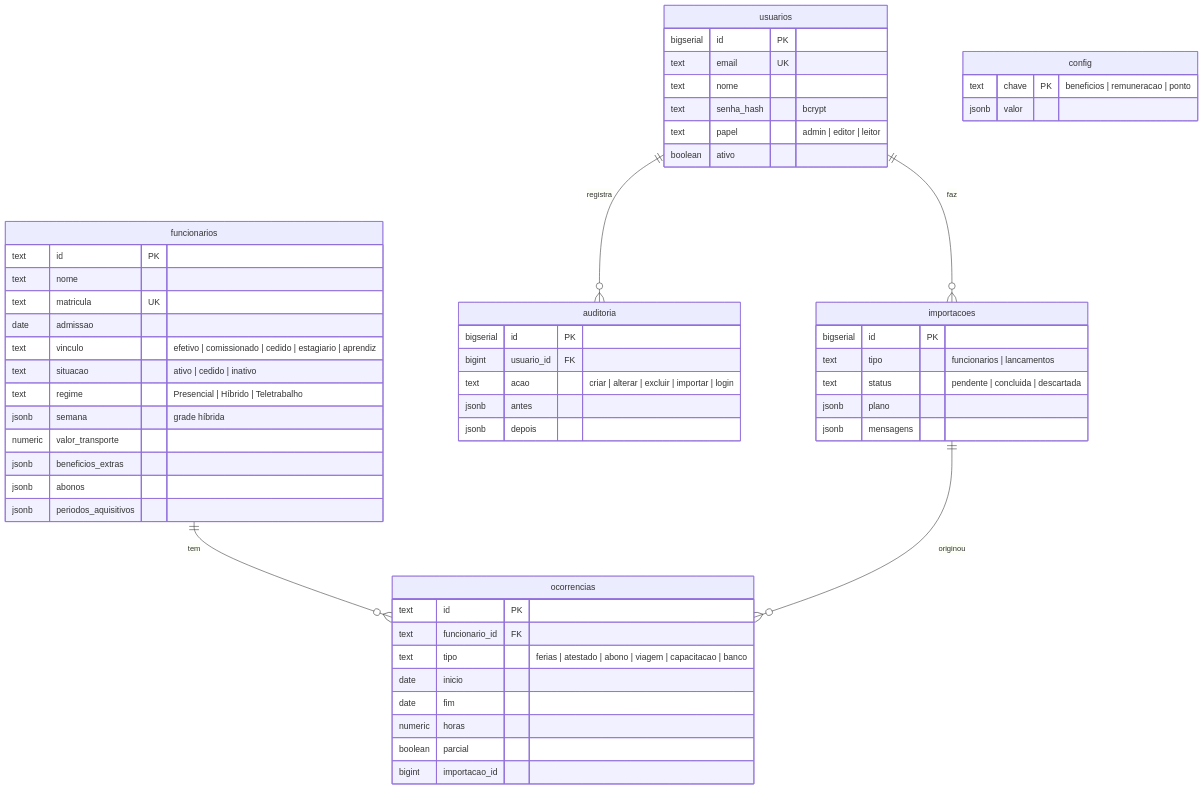
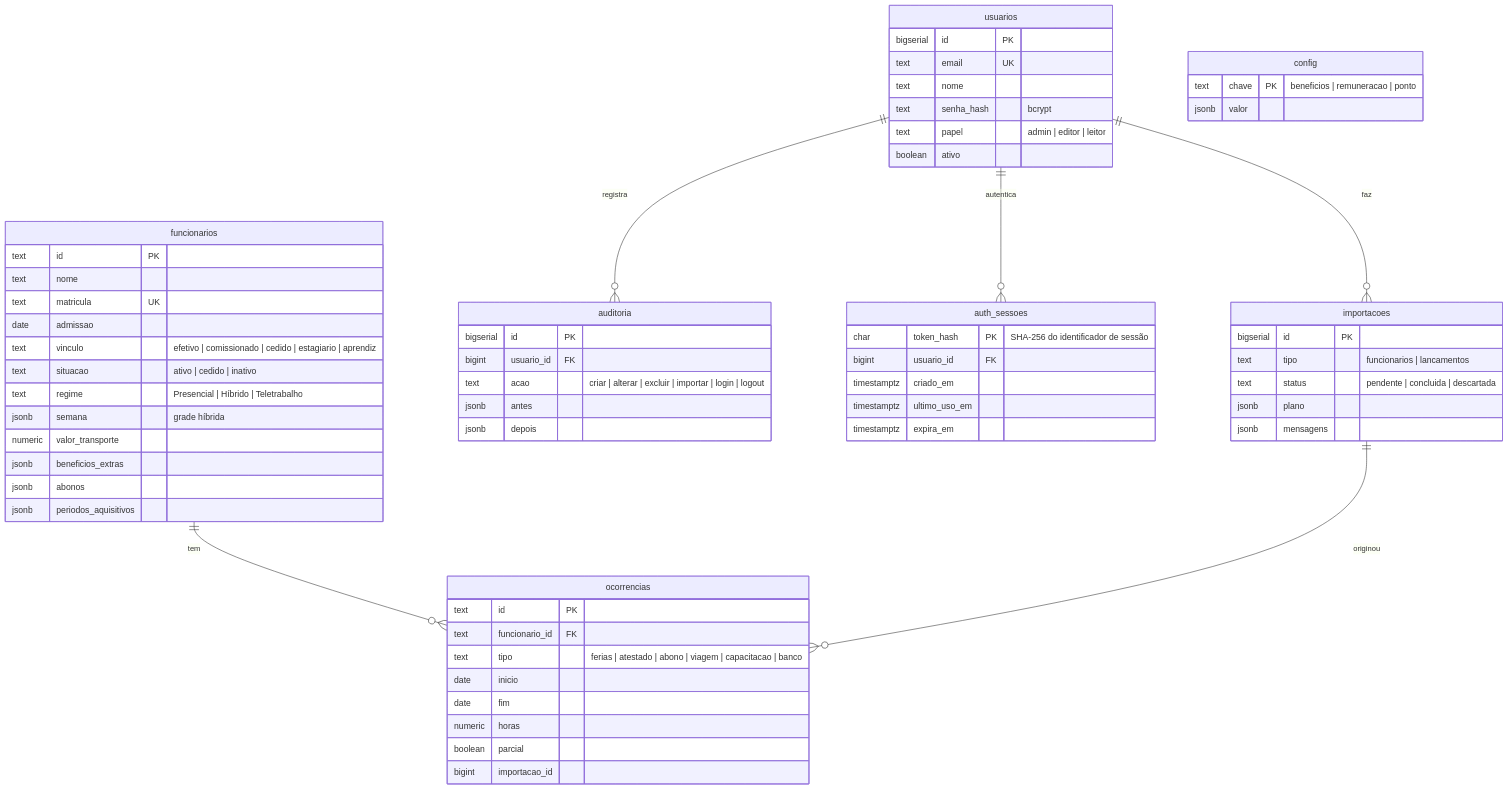
One commit to Denny-archer/quadro-pessoal changed the first of 2 diagrams in docs/banco/ESQUEMA-BANCO.md. Above: the diagram before and after it, drawn with Mermaid. The commit also changed other lines of this file and 31 other files, not shown here.

````diff
--- a/docs/banco/ESQUEMA-BANCO.md
+++ b/docs/banco/ESQUEMA-BANCO.md
@@ -6,57 +6,65 @@
 ```mermaid
 erDiagram
     usuarios ||--o{ importacoes : "faz"
     usuarios ||--o{ auditoria : "registra"
+    usuarios ||--o{ auth_sessoes : "autentica"
+    auth_sessoes {
+        char token_hash PK "SHA-256 do identificador de sessão"
+        bigint usuario_id FK
+        timestamptz criado_em
+        timestamptz ultimo_uso_em
+        timestamptz expira_em
+    }
     funcionarios ||--o{ ocorrencias : "tem"
     importacoes ||--o{ ocorrencias : "originou"
     config {
         text chave PK "beneficios | remuneracao | ponto"
         jsonb valor
     }
     usuarios {
         bigserial id PK
         text email UK
         text nome
         text senha_hash "bcrypt"
         text papel "admin | editor | leitor"
         boolean ativo
     }
     funcionarios {
         text id PK
         text nome
         text matricula UK
         date admissao
         text vinculo "efetivo | comissionado | cedido | estagiario | aprendiz"
         text situacao "ativo | cedido | inativo"
         text regime "Presencial | Híbrido | Teletrabalho"
         jsonb semana "grade híbrida"
         numeric valor_transporte
         jsonb beneficios_extras
         jsonb abonos
         jsonb periodos_aquisitivos
     }
     ocorrencias {
         text id PK
         text funcionario_id FK
         text tipo "ferias | atestado | abono | viagem | capacitacao | banco"
         date inicio
         date fim
         numeric horas
         boolean parcial
         bigint importacao_id
     }
     importacoes {
         bigserial id PK
         text tipo "funcionarios | lancamentos"
         text status "pendente | concluida | descartada"
         jsonb plano
         jsonb mensagens
     }
     auditoria {
         bigserial id PK
         bigint usuario_id FK
-        text acao "criar | alterar | excluir | importar | login"
+        text acao "criar | alterar | excluir | importar | login | logout"
         jsonb antes
         jsonb depois
     }
 ```
````
